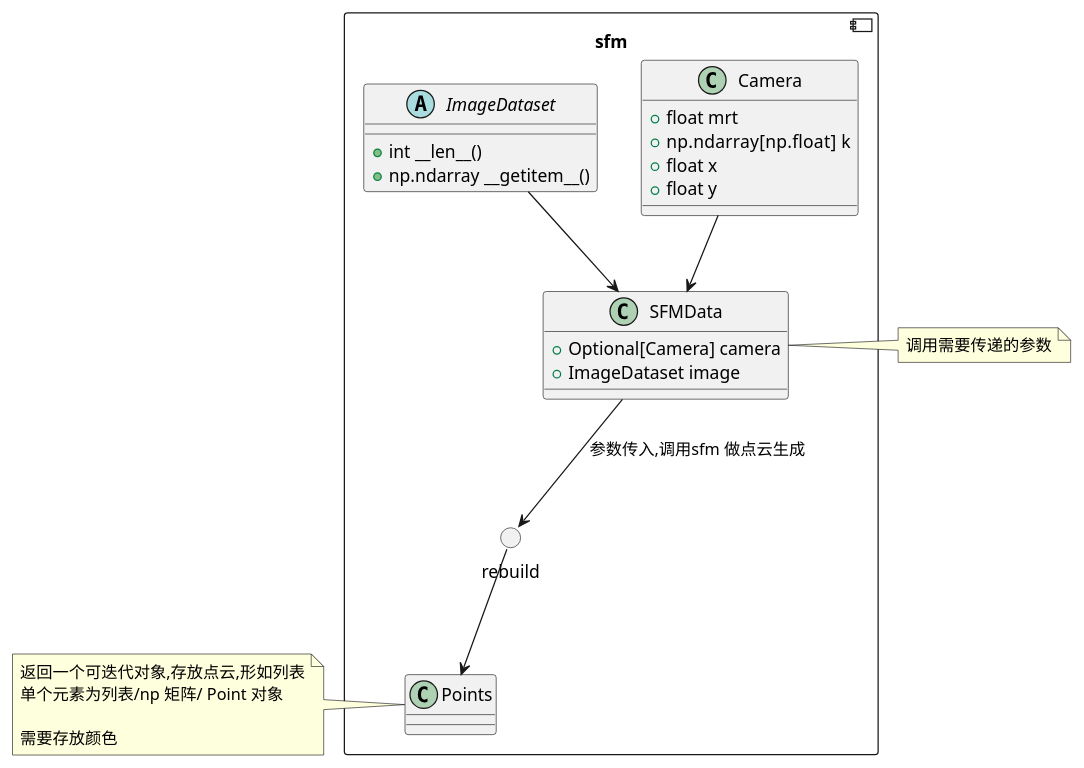
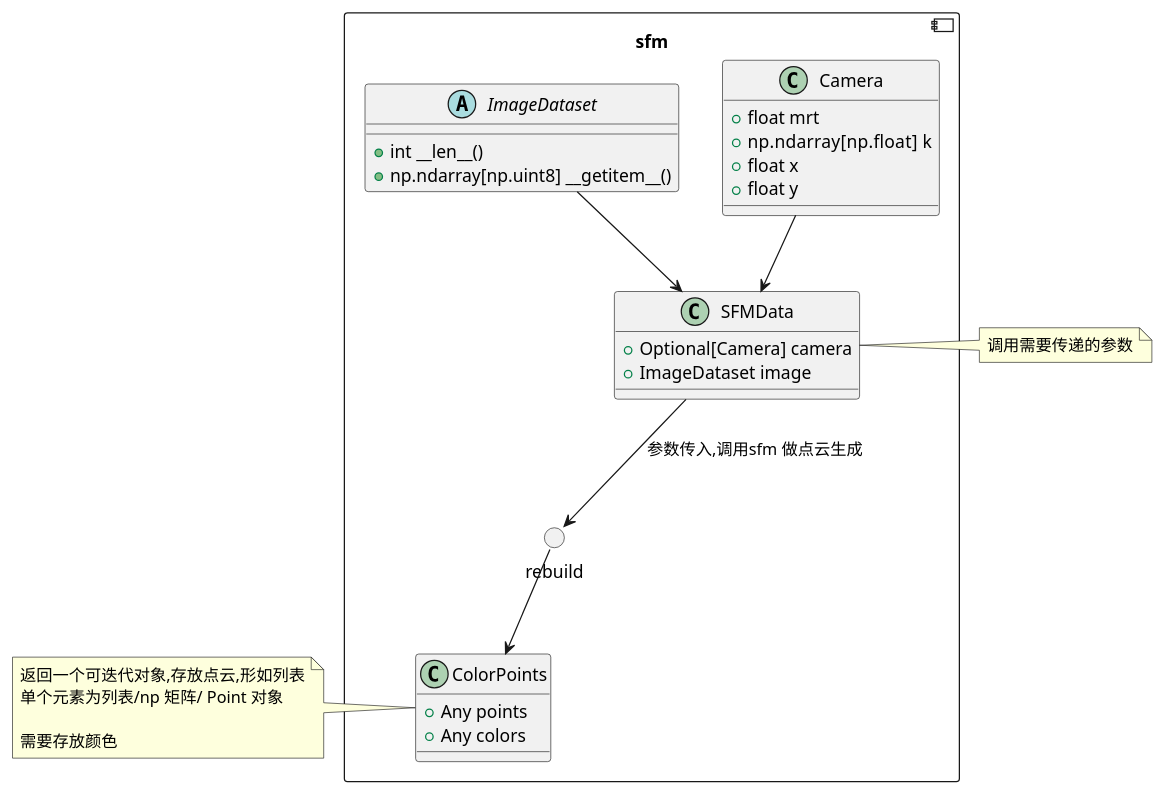
The diagram in docs/设计文档.md (lanhao945/SFM), drawn with PlantUML before and after one commit.

Commit message:
docs(Points ): 细化约定

````diff
--- a/docs/设计文档.md
+++ b/docs/设计文档.md
@@ -5,46 +5,48 @@
 ```plantuml
 @startuml
 component sfm{
     class Camera{
         + float mrt
         + np.ndarray[np.float]  k
         + float x
         + float y
     }
     
     abstract ImageDataset{
         + int __len__()
-        + np.ndarray __getitem__()
+        + np.ndarray[np.uint8] __getitem__()
     }
     
     class SFMData{
         + Optional[Camera] camera
         + ImageDataset image
     }
 
     Camera --> SFMData
     ImageDataset --> SFMData
 
     () "rebuild" as sfm_call
     
     SFMData --> sfm_call: 参数传入,调用sfm 做点云生成
     
-    class Points{
+    class ColorPoints{
+        + Any points
+        + Any colors
     }
     
-    sfm_call --> Points
+    sfm_call --> ColorPoints
 }
 
-note left of Points
+note left of ColorPoints
 返回一个可迭代对象,存放点云,形如列表
 单个元素为列表/np 矩阵/ Point 对象
 
 需要存放颜色
 end note
     
 note left of SFMData
 调用需要传递的参数
 end note
 
 @enduml
 ```
````
